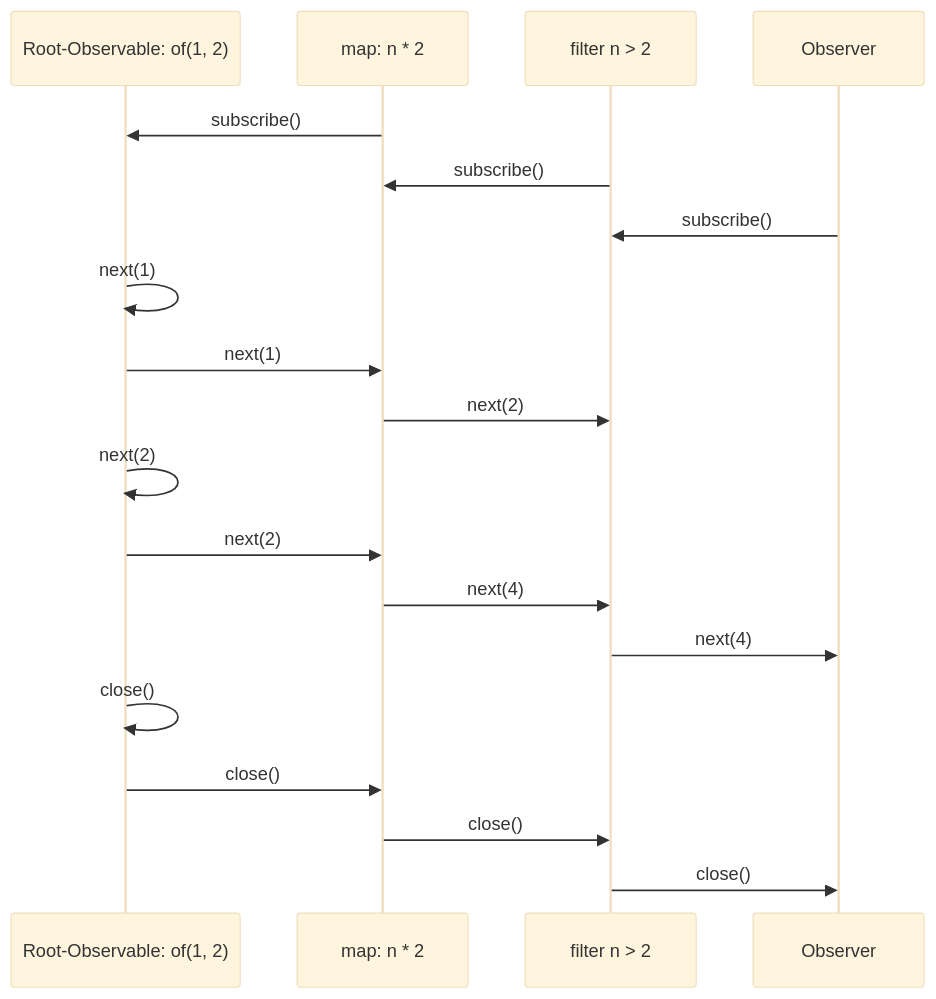
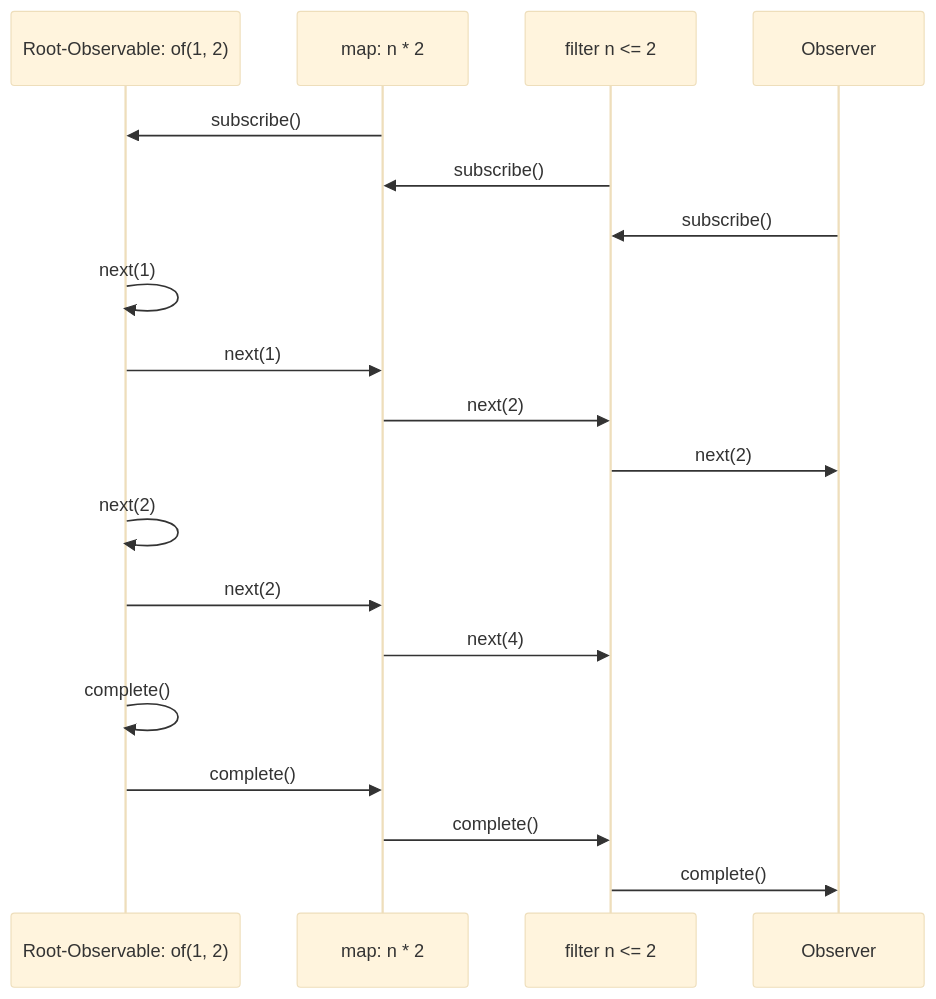
The diagram in docs/article.md (Makae/rxjs-insights), drawn with Mermaid (base theme) before and after one commit. The commit also changed other lines of this file and 1 other file, not shown here.

````diff
--- a/docs/article.md
+++ b/docs/article.md
@@ -163,21 +210,21 @@
 ```mermaid
     sequenceDiagram
     participant p as Root-Observable: of(1, 2)
     participant s1 as map: n * 2
-    participant s2 as filter n > 2
+    participant s2 as filter n <= 2
     participant s3 as Observer
     s1->>p: subscribe()
     s2->>s1: subscribe()
     s3->>s2: subscribe()
     p->>p: next(1)
     p->>s1: next(1)
     s1->>s2: next(2)
+    s2->>s3: next(2)
     p->>p: next(2)
     p->>s1: next(2)
     s1->>s2: next(4)
-    s2->>s3: next(4)
-    p->>p: close()
-    p->>s1: close()
-    s1->>s2: close()
-    s2->>s3: close()
+    p->>p: complete()
+    p->>s1: complete()
+    s1->>s2: complete()
+    s2->>s3: complete()
 ```
````
